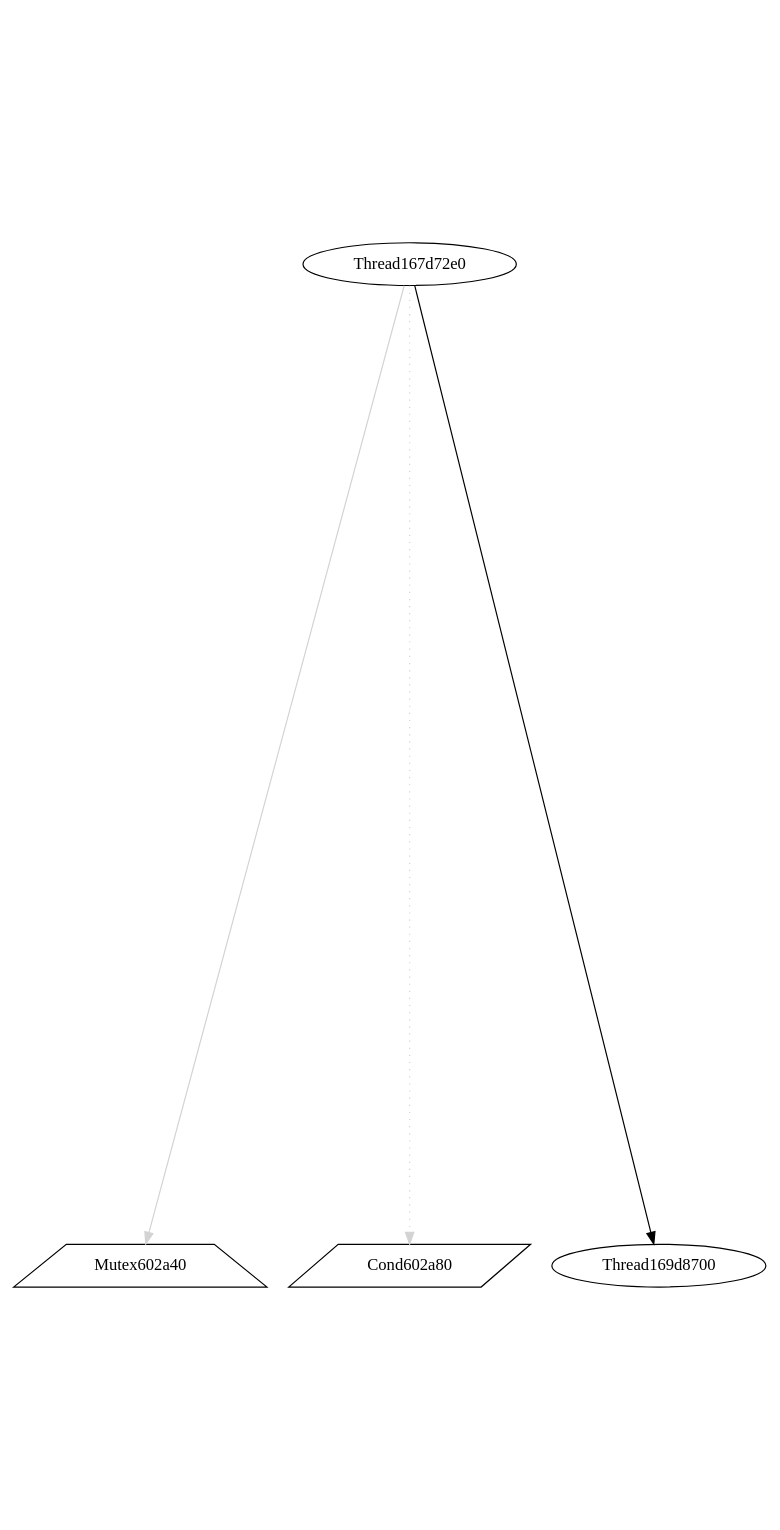
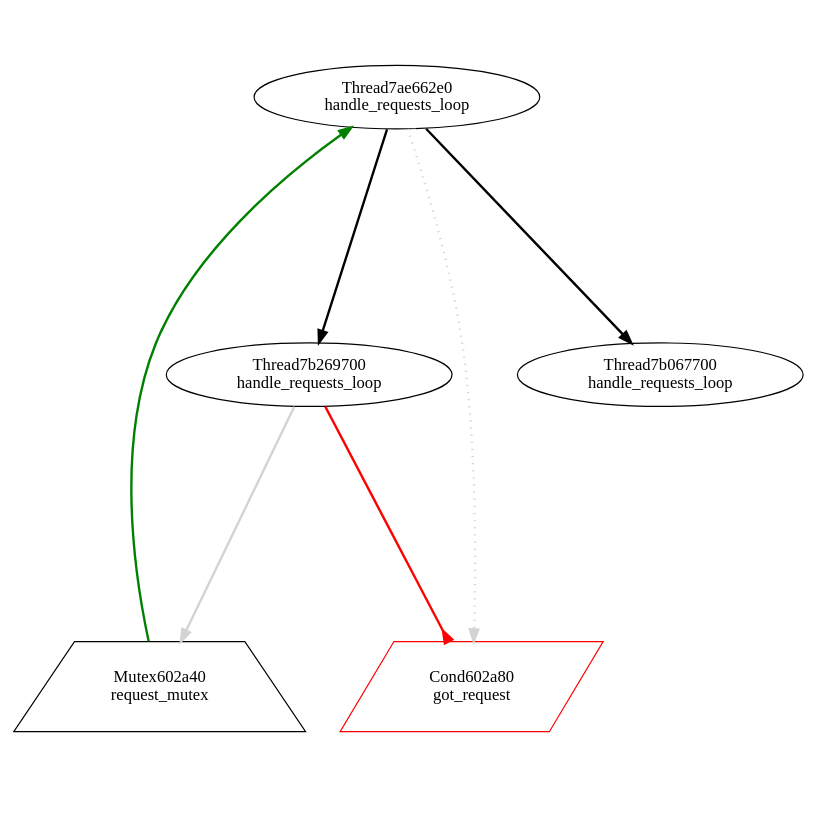
Before and after one commit to v4o6/cs410: the diagram in view/dot/graph024.dot, drawn with Graphviz. The commit also changed 289 other files, not shown here.

```diff
--- a/view/dot/graph024.dot
+++ b/view/dot/graph024.dot
@@ -1,10 +1,14 @@
 digraph G {
-graph[center=true, ratio=2];
-Mutex602a40 [shape=trapezium,color=black];
-Cond602a80 [shape=parallelogram,color=black];
-Thread169d8700 [color=black];
-Thread167d72e0 [color=black];
-Thread167d72e0 -> Mutex602a40 [arrowhead=normal,color=lightgray];
-Thread167d72e0 -> Cond602a80 [style=dotted,color=lightgray];
-Thread167d72e0 -> Thread169d8700 [arrowhead=normal];
+graph[center=true, ratio=1];
+Mutex602a40 [shape=trapezium,color=black,label="Mutex602a40\nrequest_mutex"];
+Cond602a80 [shape=parallelogram,color=red,label="Cond602a80\ngot_request"];
+Thread7ae662e0 [color=black,label="Thread7ae662e0\nhandle_requests_loop"];
+Thread7ae662e0 -> Mutex602a40 [arrowhead=normal,color=green,dir=back,penwidth=2];
+Thread7ae662e0 -> Cond602a80 [style=dotted,color=lightgray,penwidth=2];
+Thread7ae662e0 -> Thread7b269700 [arrowhead=normal,penwidth=2];
+Thread7ae662e0 -> Thread7b067700 [arrowhead=normal,penwidth=2];
+Thread7b269700 [color=black,label="Thread7b269700\nhandle_requests_loop"];
+Thread7b269700 -> Mutex602a40 [arrowhead=normal,color=lightgray,penwidth=2];
+Thread7b269700 -> Cond602a80 [arrowhead=inv,color=red,penwidth=2];
+Thread7b067700 [color=black,label="Thread7b067700\nhandle_requests_loop"];
 }
```
